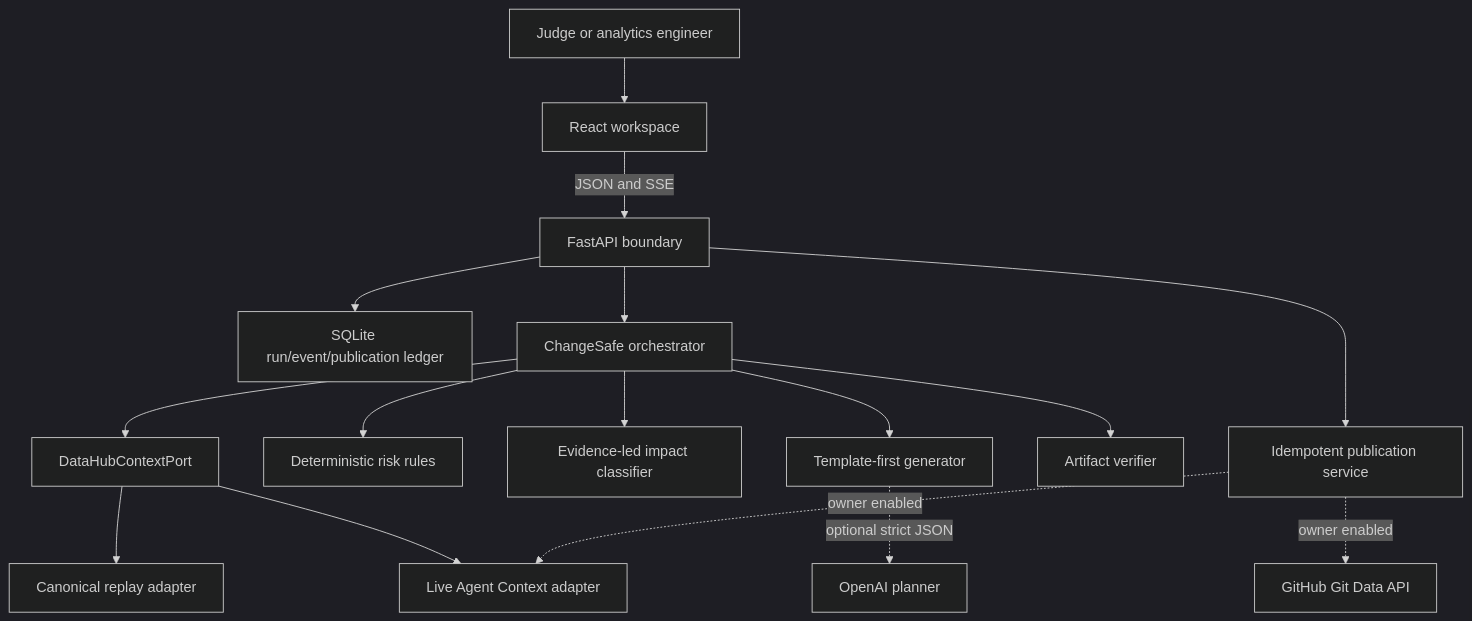
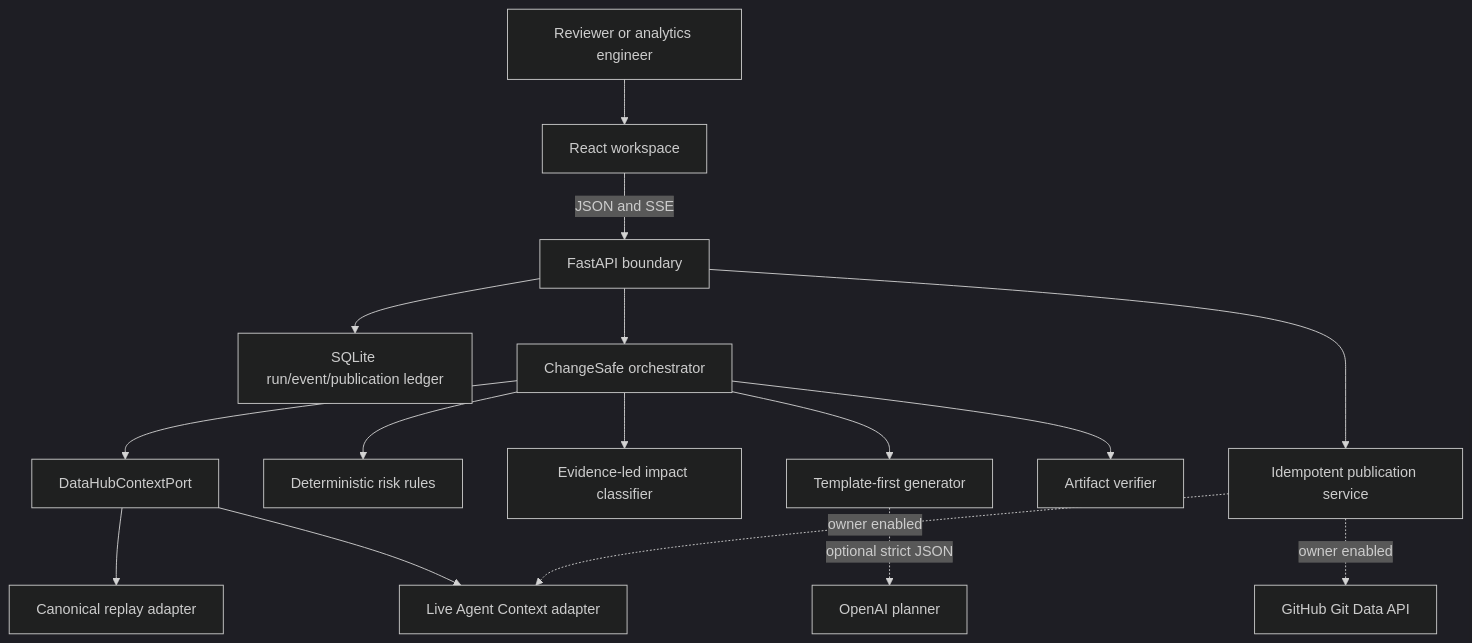
The first of 3 diagrams in docs/architecture.md (marker2601/changesafe), drawn with Mermaid (dark theme) before and after one commit. The commit also changed other lines of this file and 37 other files, not shown here.

````diff
--- a/docs/architecture.md
+++ b/docs/architecture.md
@@ -7,18 +7,18 @@
 ```mermaid
 flowchart TD
-    U["Judge or analytics engineer"] --> W["React workspace"]
+    U["Reviewer or analytics engineer"] --> W["React workspace"]
     W -->|"JSON and SSE"| API["FastAPI boundary"]
     API --> STORE["SQLite run/event/publication ledger"]
     API --> ORCH["ChangeSafe orchestrator"]
     ORCH --> PORT["DataHubContextPort"]
     PORT --> SNAP["Canonical replay adapter"]
     PORT --> LIVE["Live Agent Context adapter"]
     ORCH --> RISK["Deterministic risk rules"]
     ORCH --> IMPACT["Evidence-led impact classifier"]
     ORCH --> GEN["Template-first generator"]
     GEN -.->|"optional strict JSON"| OPENAI["OpenAI planner"]
     ORCH --> VERIFY["Artifact verifier"]
     API --> PUB["Idempotent publication service"]
     PUB -.->|"owner enabled"| GH["GitHub Git Data API"]
     PUB -.->|"owner enabled"| LIVE
 ```
````
